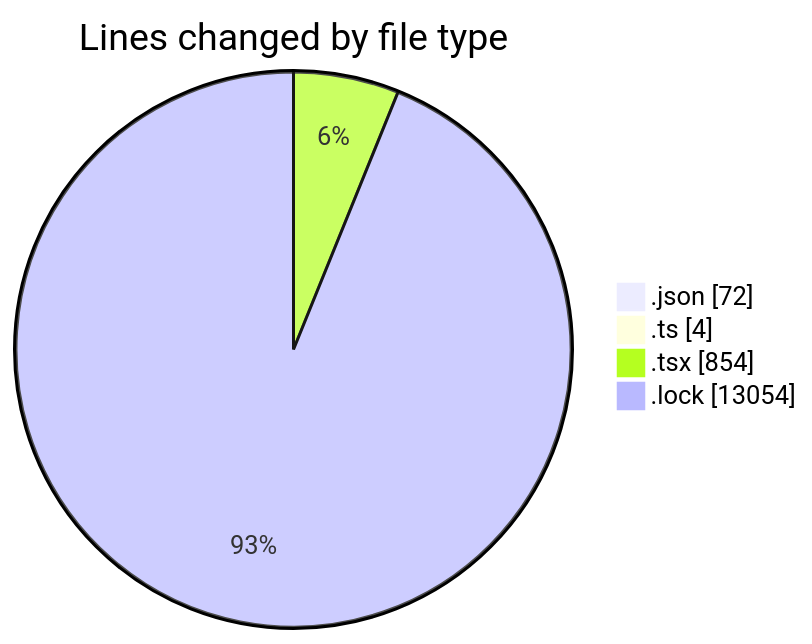
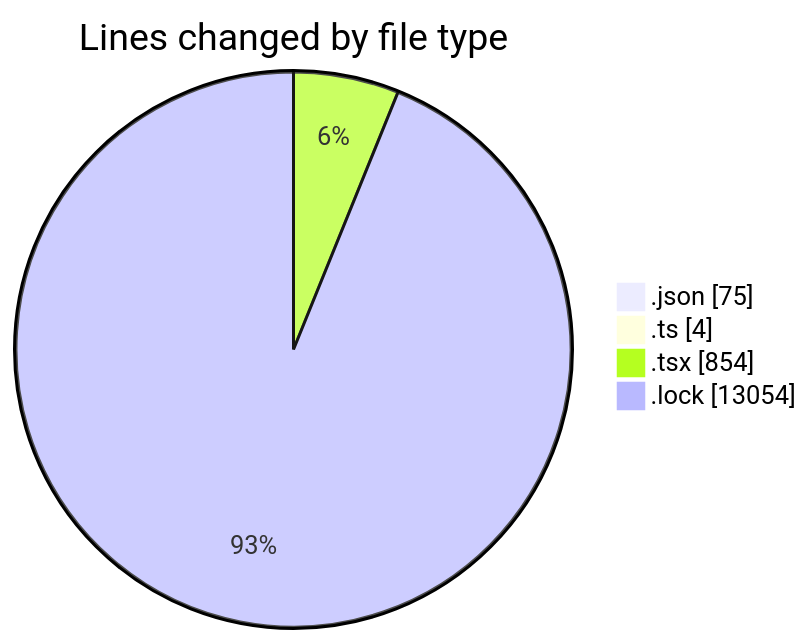
One commit to momahboobian/code-tracking changed the first of 2 diagrams in 2025-05-07/cda/README.md. Above: the diagram before and after it, drawn with Mermaid. The commit also changed other lines of this file and 1 other file, not shown here.

````diff
--- a/2025-05-07/cda/README.md
+++ b/2025-05-07/cda/README.md
@@ -32,8 +32,8 @@
 ```mermaid
 pie showData
 title Lines changed by file type
-".json" : 72
+".json" : 75
 ".ts" : 4
 ".tsx" : 854
 ".lock" : 13054
 ```
````
